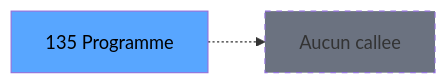
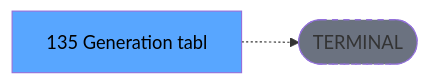
One commit to thonyAGP/lecteur-magic changed the third of 3 diagrams in .openspec/specs/ADH-IDE-135.md. Above: the diagram before and after it, drawn with Mermaid. The commit also changed other lines of this file and 701 other files, not shown here.

````diff
--- a/.openspec/specs/ADH-IDE-135.md
+++ b/.openspec/specs/ADH-IDE-135.md
@@ -155,8 +135,8 @@
 ```mermaid
 graph LR
-    T[135 Programme]
-    NONE[Aucun callee]
-    T -.-> NONE
+    T[135 Generation tabl]
+    TERM([TERMINAL])
+    T -.-> TERM
+    style TERM fill:#6b7280,stroke-dasharray: 5 5
     style T fill:#58a6ff,color:#000
-    style NONE fill:#6b7280,stroke-dasharray: 5 5
 ```
````
